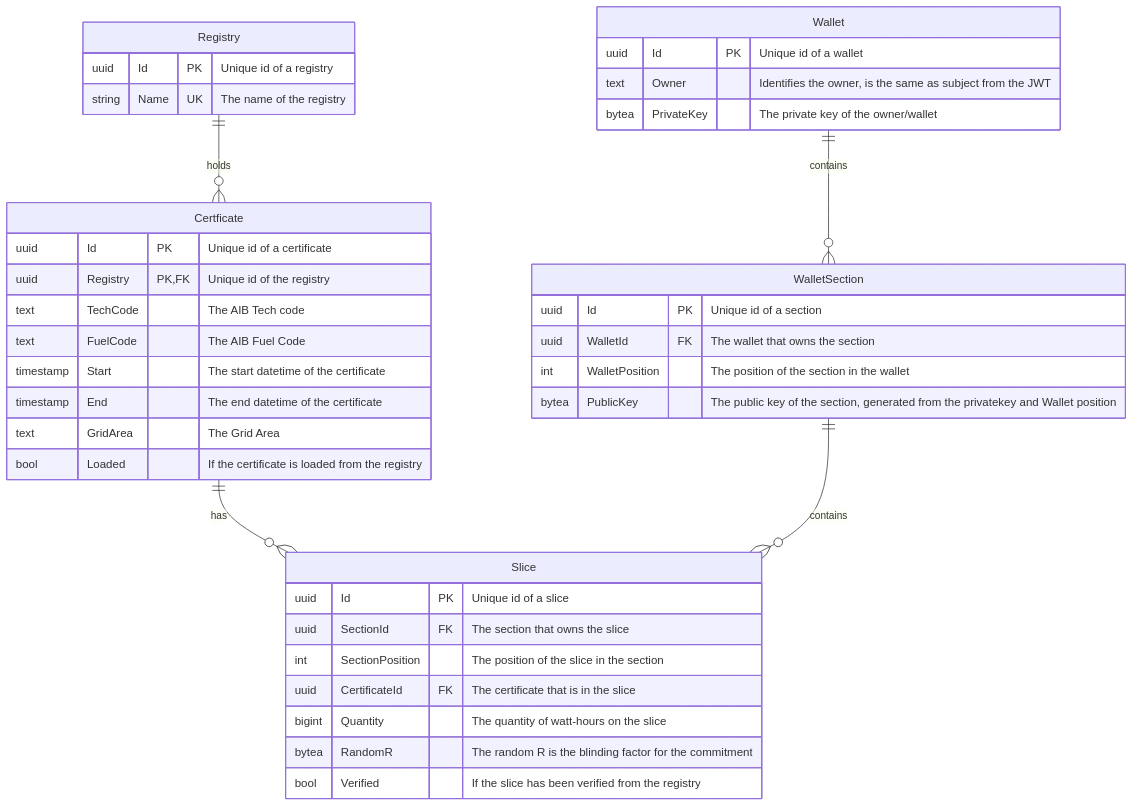
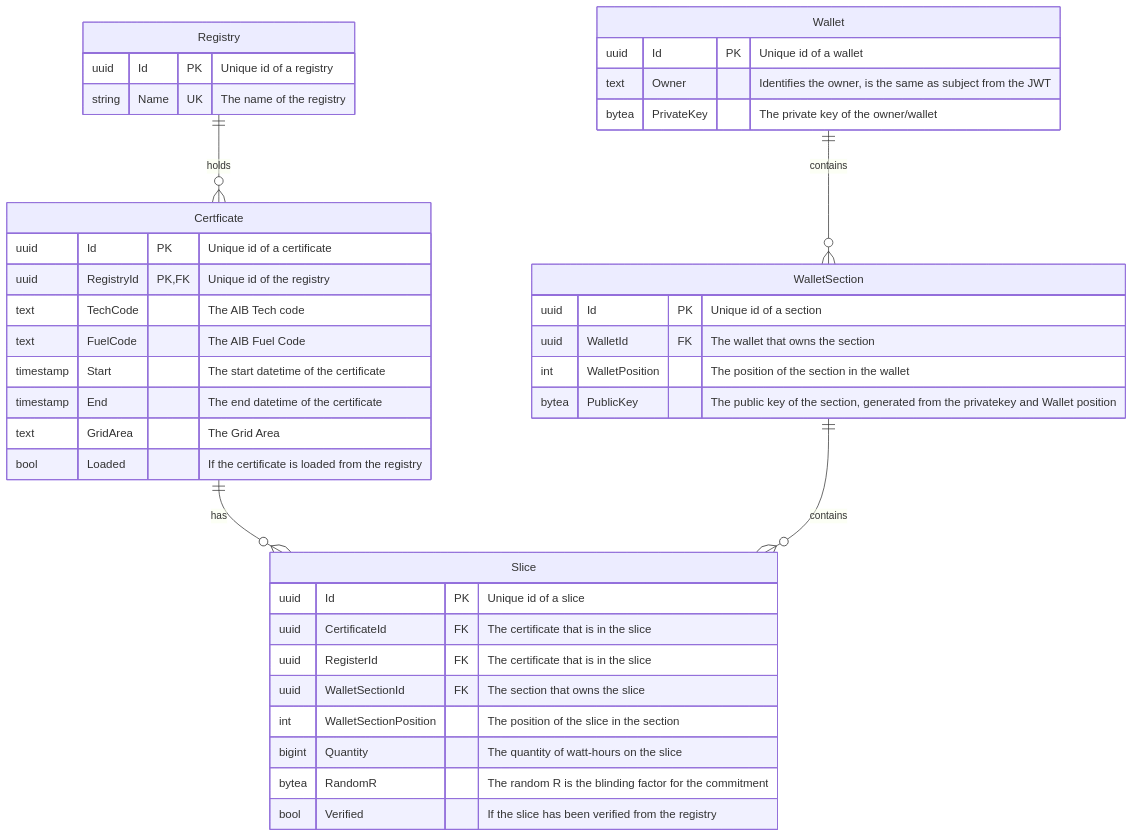
One commit to project-origin/wallet changed the diagram in doc/db_schema.md. Above: the diagram before and after it, drawn with Mermaid. The commit also changed 13 other files, not shown here.

Commit message:
Implemeted Receive slice and integrationTest - removed unused fields for now - changed models to records - added CertificateRepository

````diff
--- a/doc/db_schema.md
+++ b/doc/db_schema.md
@@ -1,51 +1,52 @@
 ```mermaid
 erDiagram
 
     Wallet {
         uuid Id PK "Unique id of a wallet"
         text Owner "Identifies the owner, is the same as subject from the JWT"
         bytea PrivateKey "The private key of the owner/wallet"
     }
 
     Wallet ||--o{ WalletSection : contains
 
     Certficate {
         uuid Id PK "Unique id of a certificate"
-        uuid Registry PK,FK "Unique id of the registry"
+        uuid RegistryId PK,FK "Unique id of the registry"
         text TechCode "The AIB Tech code"
         text FuelCode "The AIB Fuel Code"
         timestamp Start "The start datetime of the certificate"
         timestamp End "The end datetime of the certificate"
         text GridArea "The Grid Area"
         bool Loaded "If the certificate is loaded from the registry"
     }
 
     Certficate ||--o{ Slice : has
 
     WalletSection {
         uuid Id PK "Unique id of a section"
         uuid WalletId FK "The wallet that owns the section"
         int WalletPosition "The position of the section in the wallet"
         bytea PublicKey "The public key of the section, generated from the privatekey and Wallet position"
     }
 
     Slice {
         uuid Id PK "Unique id of a slice"
-        uuid SectionId FK "The section that owns the slice"
-        int SectionPosition "The position of the slice in the section"
         uuid CertificateId FK "The certificate that is in the slice"
+        uuid RegisterId FK "The certificate that is in the slice"
+        uuid WalletSectionId FK "The section that owns the slice"
+        int WalletSectionPosition "The position of the slice in the section"
         bigint Quantity "The quantity of watt-hours on the slice"
         bytea RandomR "The random R is the blinding factor for the commitment"
         bool Verified "If the slice has been verified from the registry"
     }
 
     WalletSection ||--o{ Slice : contains
     Registry ||--o{ Certficate : holds
 
 
     Registry {
         uuid Id PK "Unique id of a registry"
         string Name UK "The name of the registry"
     }
 
 ```
````
